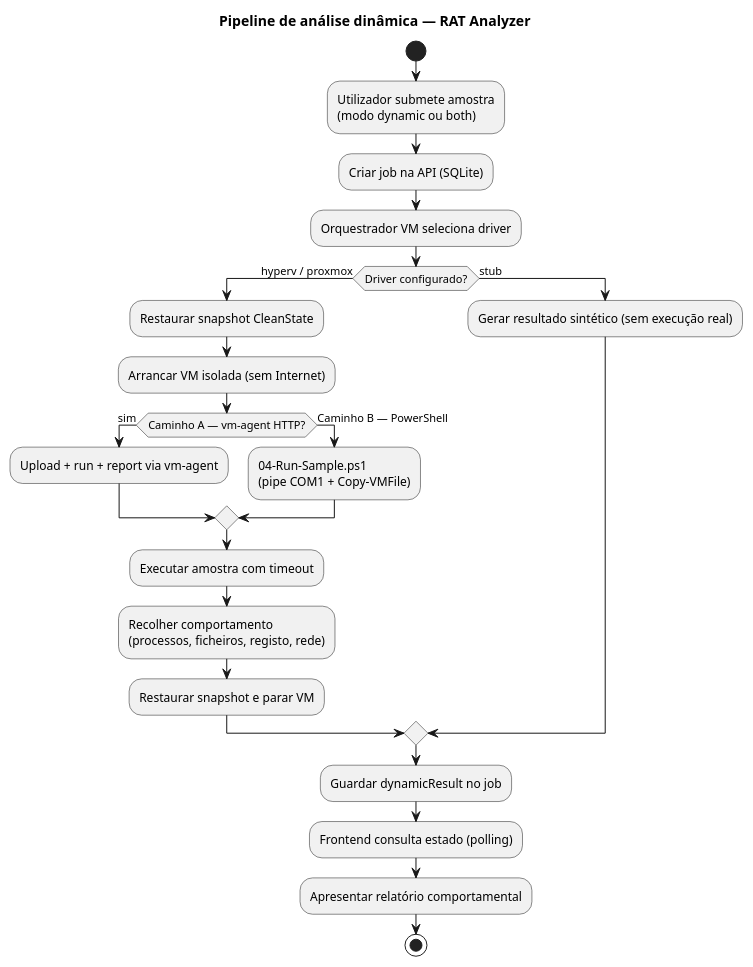
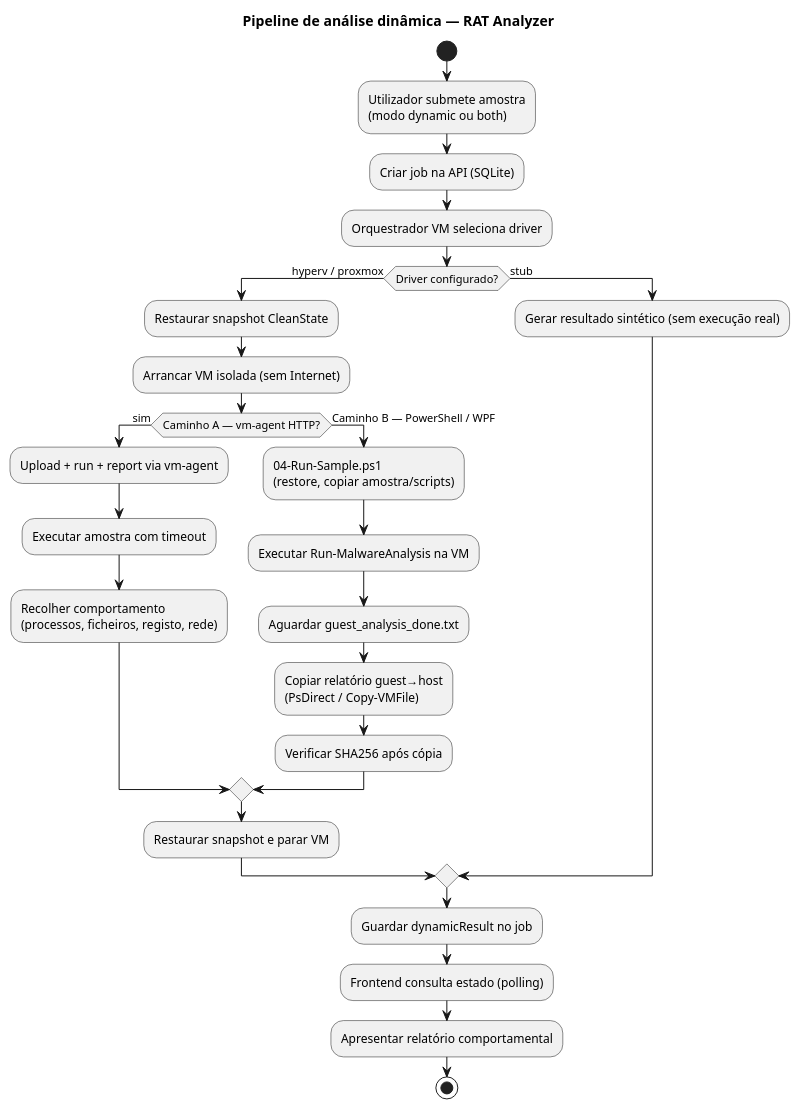
Before and after one commit to tlxp/PROJETO: the diagram in docs/diagrams/analysis-activity-dynamic.puml, drawn with PlantUML. The commit also changed 26 other files, not shown here.

```diff
--- a/docs/diagrams/analysis-activity-dynamic.puml
+++ b/docs/diagrams/analysis-activity-dynamic.puml
@@ -1,29 +1,33 @@
 @startuml
 title Pipeline de análise dinâmica — RAT Analyzer
 
 start
 :Utilizador submete amostra\n(modo dynamic ou both);
 :Criar job na API (SQLite);
 :Orquestrador VM seleciona driver;
 
 if (Driver configurado?) then (hyperv / proxmox)
   :Restaurar snapshot CleanState;
   :Arrancar VM isolada (sem Internet);
   if (Caminho A — vm-agent HTTP?) then (sim)
     :Upload + run + report via vm-agent;
-  else (Caminho B — PowerShell)
-    :04-Run-Sample.ps1\n(pipe COM1 + Copy-VMFile);
+    :Executar amostra com timeout;
+    :Recolher comportamento\n(processos, ficheiros, registo, rede);
+  else (Caminho B — PowerShell / WPF)
+    :04-Run-Sample.ps1\n(restore, copiar amostra/scripts);
+    :Executar Run-MalwareAnalysis na VM;
+    :Aguardar guest_analysis_done.txt;
+    :Copiar relatório guest→host\n(PsDirect / Copy-VMFile);
+    :Verificar SHA256 após cópia;
   endif
-  :Executar amostra com timeout;
-  :Recolher comportamento\n(processos, ficheiros, registo, rede);
   :Restaurar snapshot e parar VM;
 else (stub)
   :Gerar resultado sintético (sem execução real);
 endif
 
 :Guardar dynamicResult no job;
 :Frontend consulta estado (polling);
 :Apresentar relatório comportamental;
 stop
 
 @enduml
```
